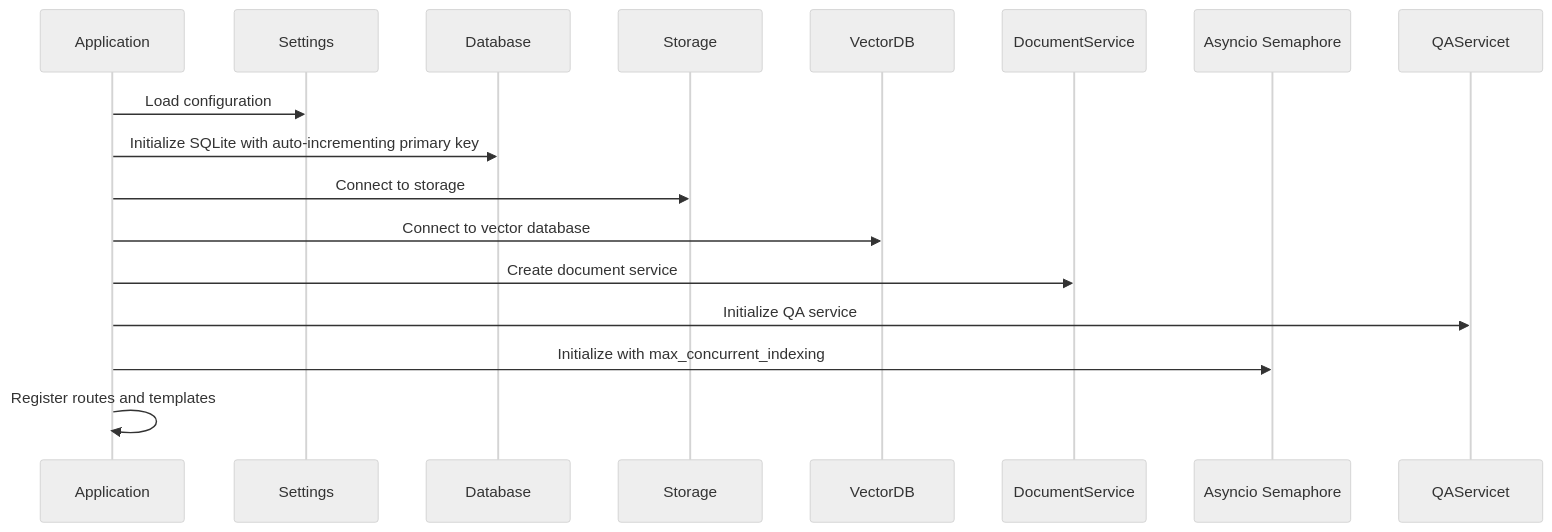
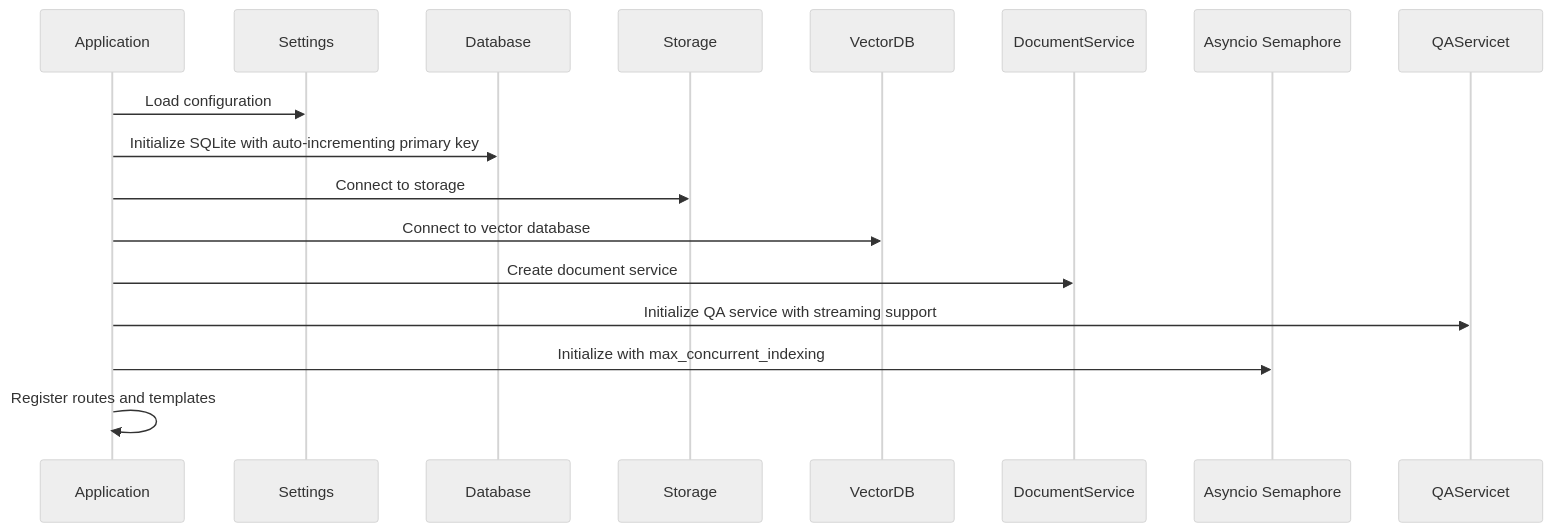
One commit to ognelis/cafetera_hr_bot changed the second of 25 diagrams in .qoder/repowiki/en/content/Document Management System.md. Above: the diagram before and after it, drawn with Mermaid (neutral theme). The commit also changed other lines of this file and 5 other files, not shown here.

````diff
--- a/.qoder/repowiki/en/content/Document Management System.md
+++ b/.qoder/repowiki/en/content/Document Management System.md
@@ -199,19 +216,19 @@
 ```mermaid
 sequenceDiagram
 participant App as Application
 participant Config as Settings
 participant DB as Database
 participant S3 as Storage
 participant Qdrant as VectorDB
 participant Service as DocumentService
 participant Semaphore as Asyncio Semaphore
 participant QAService as QAServicet
 App->>Config : Load configuration
 App->>DB : Initialize SQLite with auto-incrementing primary key
 App->>S3 : Connect to storage
 App->>Qdrant : Connect to vector database
 App->>Service : Create document service
-App->>QAService : Initialize QA service
+App->>QAService : Initialize QA service with streaming support
 App->>Semaphore : Initialize with max_concurrent_indexing
 App->>App : Register routes and templates
 ```
````
